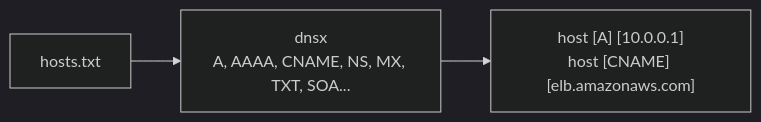
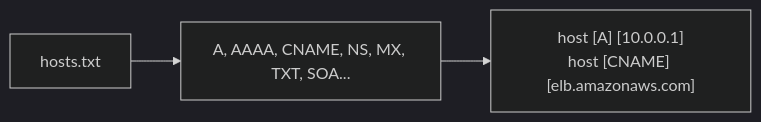
The eighth of 19 diagrams in README.md (Linuxhackingid-official/Gorecon), drawn with Mermaid (dark theme) before and after one commit. The commit also changed other lines of this file, not shown here.

Commit message:
fix: Layout flowchart TD + subgraph direction LR

````diff
--- a/README.md
+++ b/README.md
@@ -359,5 +359,5 @@
 ```mermaid
 flowchart LR
-    IN["hosts.txt"] --> ENG["dnsx<br/>A, AAAA, CNAME, NS, MX, TXT, SOA..."]
+    IN["hosts.txt"] --> ENG["A, AAAA, CNAME, NS, MX, TXT, SOA..."]
     ENG --> OUT["host [A] [10.0.0.1]<br/>host [CNAME] [elb.amazonaws.com]"]
 ```
````
